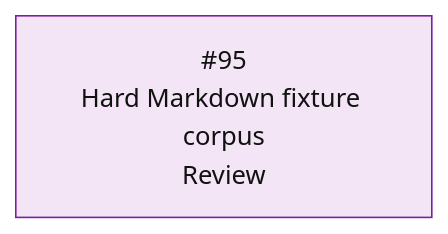
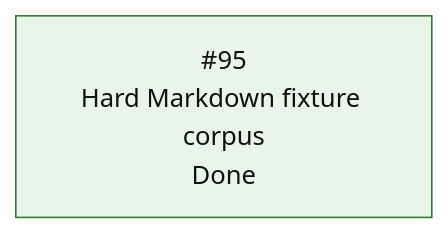
Before and after one commit to mihaelamj/MarkdownPDF: the fifth of 5 diagrams in README.md, drawn with Mermaid.

Commit message:
docs(roadmap): mark hard fixture corpus done

````diff
--- a/README.md
+++ b/README.md
@@ -396,11 +396,11 @@
 ```mermaid
 flowchart TD
-    H0["#95<br/>Hard Markdown fixture corpus<br/>Review"]
+    H0["#95<br/>Hard Markdown fixture corpus<br/>Done"]
 
     classDef done fill:#e8f5e9,stroke:#2e7d32,color:#111;
     classDef active fill:#e3f2fd,stroke:#1565c0,color:#111;
     classDef review fill:#f3e5f5,stroke:#7b1fa2,color:#111;
     classDef next fill:#fff8e1,stroke:#f9a825,color:#111;
     classDef todo fill:#eef3ff,stroke:#3367d6,color:#111;
-    class H0 review;
+    class H0 done;
 ```
````
